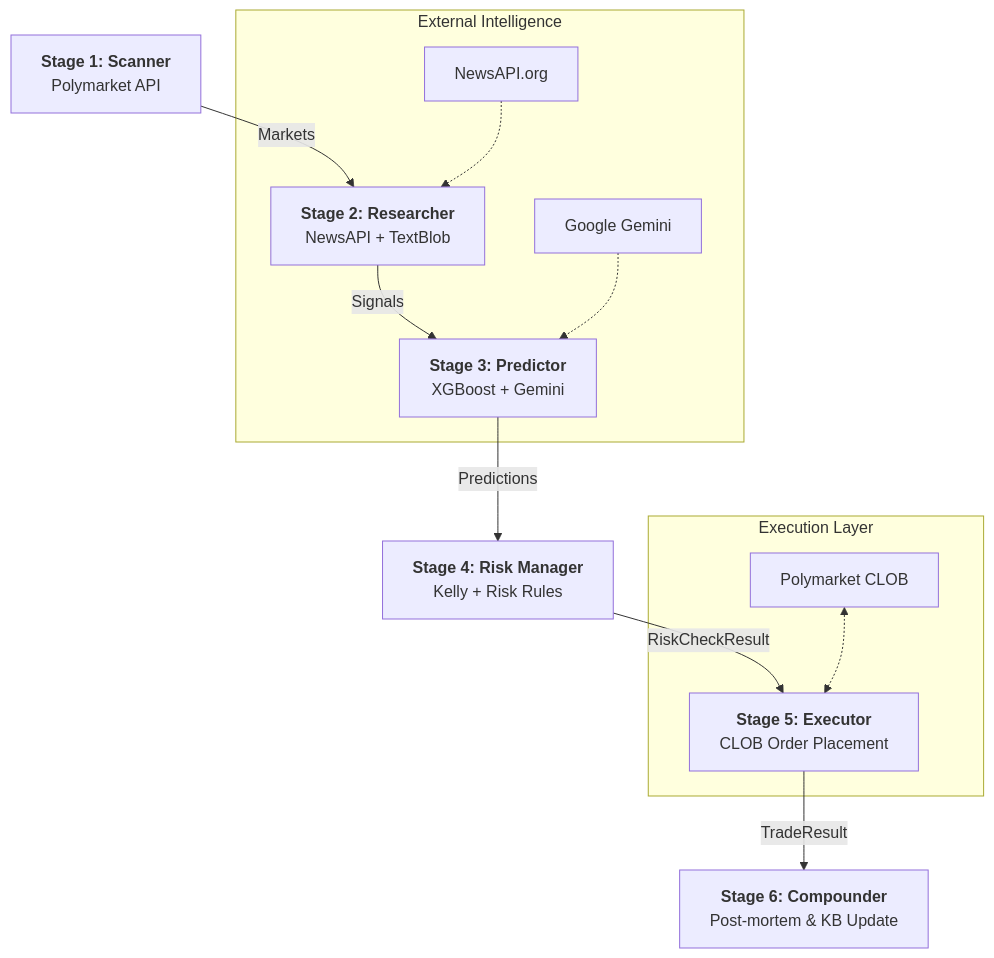
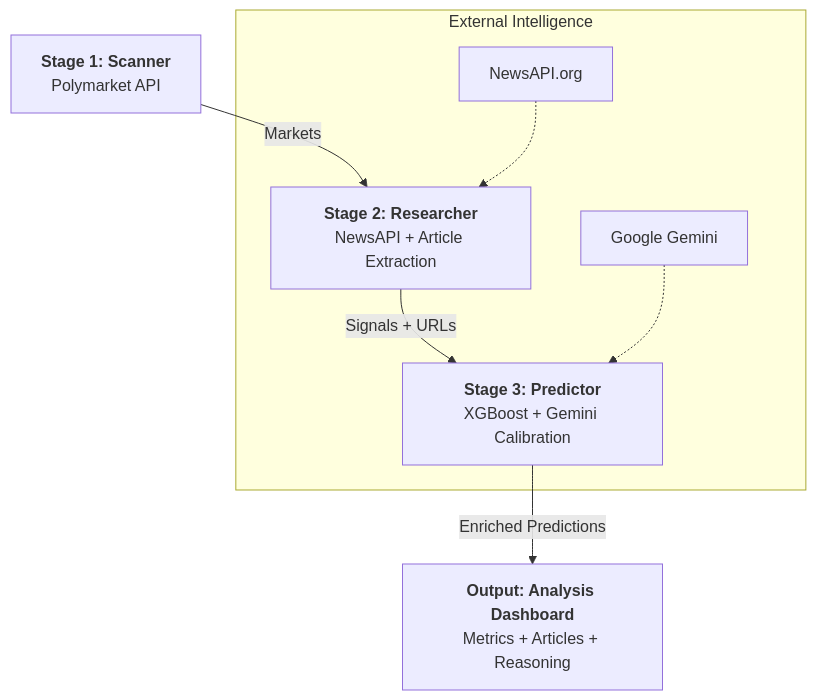
The diagram in FLOW.md (lexuantruong0402/polymarket-prediction), drawn with Mermaid before and after one commit. The commit also changed other lines of this file and 10 other files, not shown here.

````diff
--- a/FLOW.md
+++ b/FLOW.md
@@ -7,17 +7,11 @@
 ```mermaid
 graph TD
-    A[<b>Stage 1: Scanner</b><br/>Polymarket API] -->|Markets| B[<b>Stage 2: Researcher</b><br/>NewsAPI + TextBlob]
-    B -->|Signals| C[<b>Stage 3: Predictor</b><br/>XGBoost + Gemini]
-    C -->|Predictions| D[<b>Stage 4: Risk Manager</b><br/>Kelly + Risk Rules]
-    D -->|RiskCheckResult| E[<b>Stage 5: Executor</b><br/>CLOB Order Placement]
-    E -->|TradeResult| F[<b>Stage 6: Compounder</b><br/>Post-mortem & KB Update]
+    A[<b>Stage 1: Scanner</b><br/>Polymarket API] -->|Markets| B[<b>Stage 2: Researcher</b><br/>NewsAPI + Article Extraction]
+    B -->|Signals + URLs| C[<b>Stage 3: Predictor</b><br/>XGBoost + Gemini Calibration]
+    C -->|Enriched Predictions| D[<b>Output: Analysis Dashboard</b><br/>Metrics + Articles + Reasoning]
     
     subgraph "External Intelligence"
         B1[NewsAPI.org] -.-> B
         C1[Google Gemini] -.-> C
     end
-    
-    subgraph "Execution Layer"
-        E1[Polymarket CLOB] <-.-> E
-    end
 ```
````
